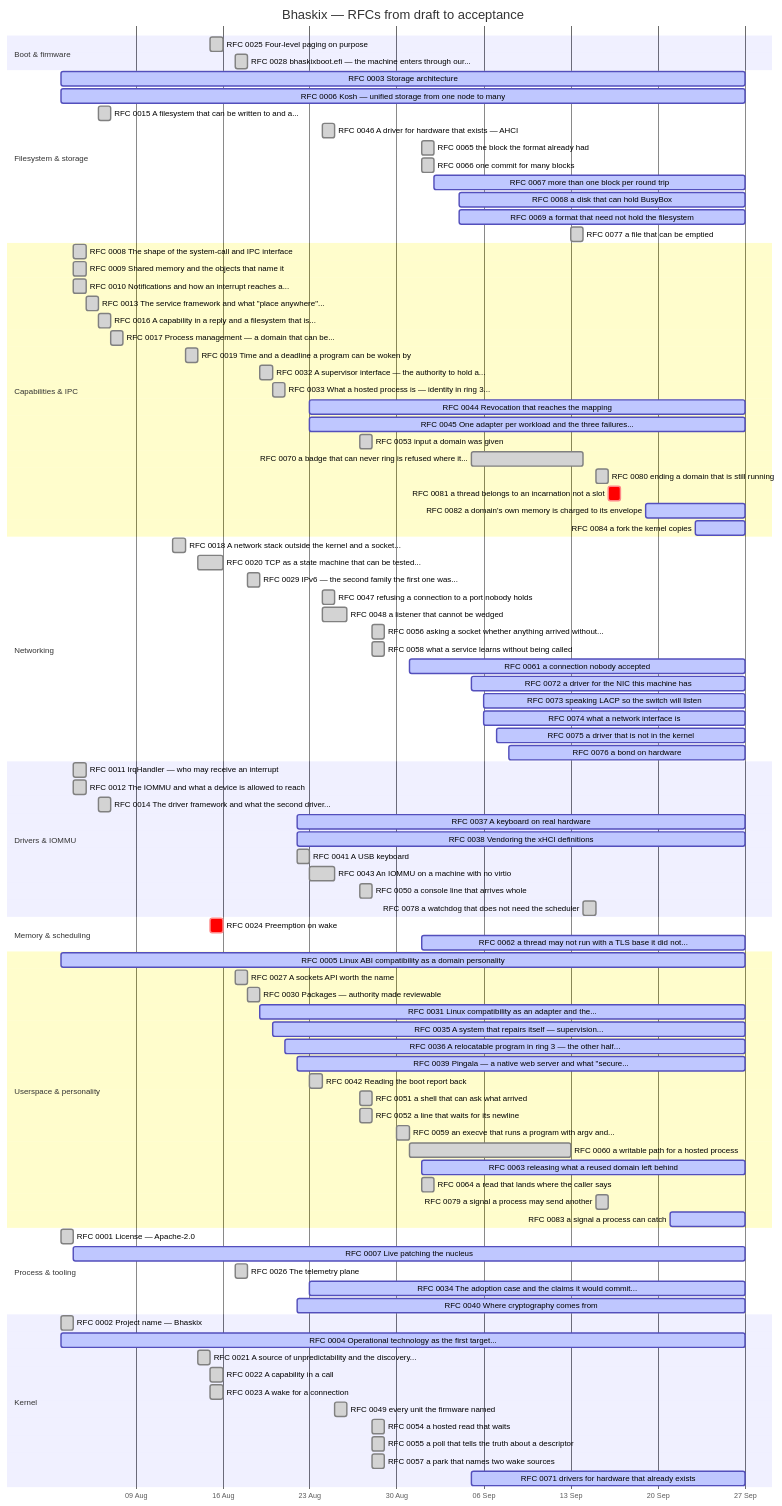
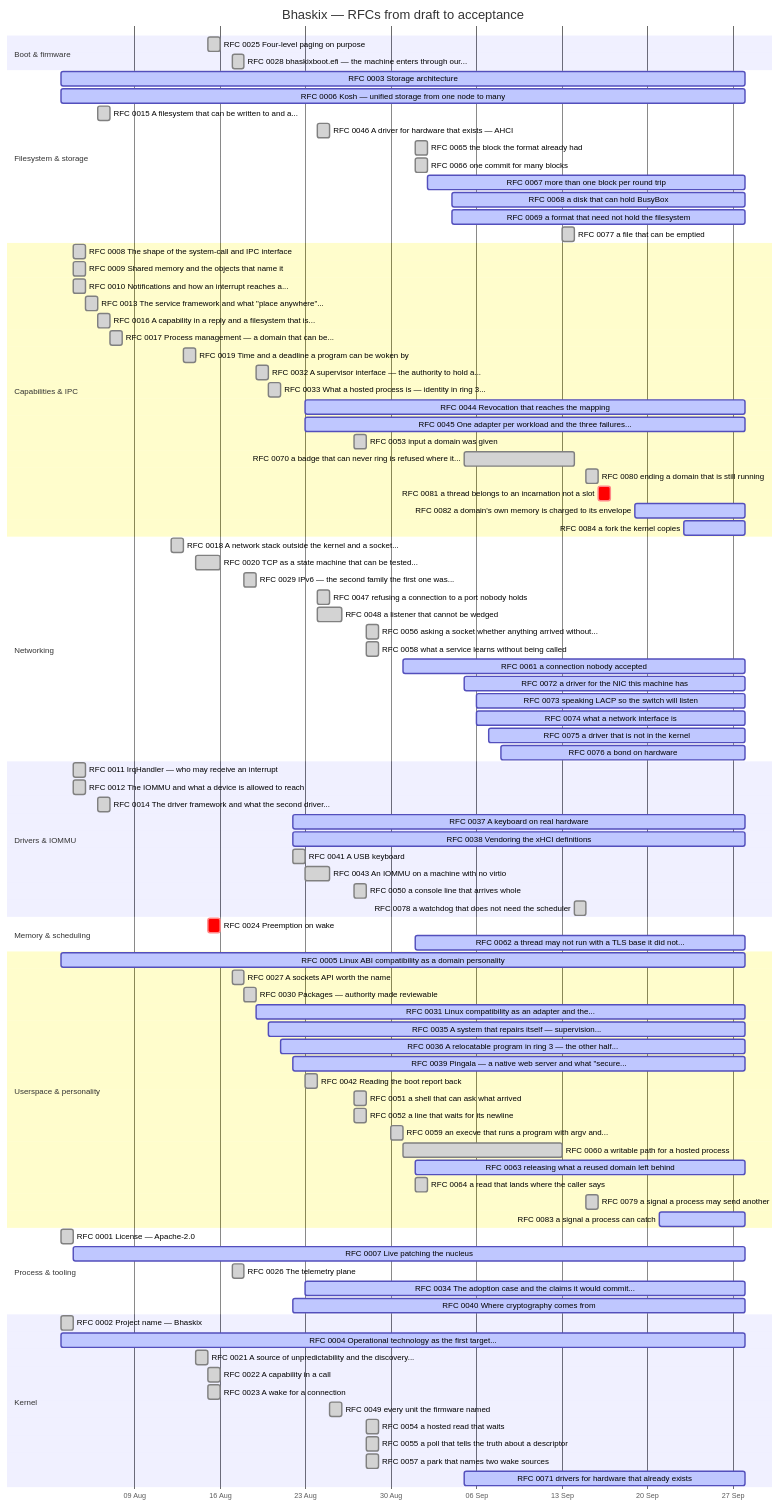
One commit to bhaskix/bhaskix changed the diagram in docs/progress.md. Above: the diagram before and after it, drawn with Mermaid. The commit also changed other lines of this file and 4 other files, not shown here.

````diff
--- a/docs/progress.md
+++ b/docs/progress.md
@@ -31,15 +31,15 @@
     RFC 0025 Four-level paging on purpose :done, r0025, 2026-08-15, 2026-08-16
     RFC 0028 bhaskixboot.efi — the machine enters through our... :done, r0028, 2026-08-17, 2026-08-18
     section Filesystem & storage
-    RFC 0003 Storage architecture :active, r0003, 2026-08-03, 2026-09-27
-    RFC 0006 Kosh — unified storage from one node to many :active, r0006, 2026-08-03, 2026-09-27
+    RFC 0003 Storage architecture :active, r0003, 2026-08-03, 2026-09-28
+    RFC 0006 Kosh — unified storage from one node to many :active, r0006, 2026-08-03, 2026-09-28
     RFC 0015 A filesystem that can be written to and a... :done, r0015, 2026-08-06, 1d
     RFC 0046 A driver for hardware that exists — AHCI :done, r0046, 2026-08-24, 1d
     RFC 0065 the block the format already had :done, r0065, 2026-09-01, 1d
     RFC 0066 one commit for many blocks :done, r0066, 2026-09-01, 1d
-    RFC 0067 more than one block per round trip :active, r0067, 2026-09-02, 2026-09-27
-    RFC 0068 a disk that can hold BusyBox :active, r0068, 2026-09-04, 2026-09-27
-    RFC 0069 a format that need not hold the filesystem :active, r0069, 2026-09-04, 2026-09-27
+    RFC 0067 more than one block per round trip :active, r0067, 2026-09-02, 2026-09-28
+    RFC 0068 a disk that can hold BusyBox :active, r0068, 2026-09-04, 2026-09-28
+    RFC 0069 a format that need not hold the filesystem :active, r0069, 2026-09-04, 2026-09-28
     RFC 0077 a file that can be emptied :done, r0077, 2026-09-13, 1d
     section Capabilities & IPC
     RFC 0008 The shape of the system-call and IPC interface :done, r0008, 2026-08-04, 1d
@@ -51,14 +51,14 @@
     RFC 0019 Time and a deadline a program can be woken by :done, r0019, 2026-08-13, 2026-08-14
     RFC 0032 A supervisor interface — the authority to hold a... :done, r0032, 2026-08-19, 2026-08-20
     RFC 0033 What a hosted process is — identity in ring 3... :done, r0033, 2026-08-20, 1d
-    RFC 0044 Revocation that reaches the mapping :active, r0044, 2026-08-23, 2026-09-27
-    RFC 0045 One adapter per workload and the three failures... :active, r0045, 2026-08-23, 2026-09-27
+    RFC 0044 Revocation that reaches the mapping :active, r0044, 2026-08-23, 2026-09-28
+    RFC 0045 One adapter per workload and the three failures... :active, r0045, 2026-08-23, 2026-09-28
     RFC 0053 input a domain was given :done, r0053, 2026-08-27, 1d
     RFC 0070 a badge that can never ring is refused where it... :done, r0070, 2026-09-05, 2026-09-14
     RFC 0080 ending a domain that is still running :done, r0080, 2026-09-15, 1d
     RFC 0081 a thread belongs to an incarnation not a slot :crit, r0081, 2026-09-16, 1d
-    RFC 0082 a domain's own memory is charged to its envelope :active, r0082, 2026-09-19, 2026-09-27
-    RFC 0084 a fork the kernel copies :active, r0084, 2026-09-23, 2026-09-27
+    RFC 0082 a domain's own memory is charged to its envelope :active, r0082, 2026-09-19, 2026-09-28
+    RFC 0084 a fork the kernel copies :active, r0084, 2026-09-23, 2026-09-28
     section Networking
     RFC 0018 A network stack outside the kernel and a socket... :done, r0018, 2026-08-12, 2026-08-13
     RFC 0020 TCP as a state machine that can be tested... :done, r0020, 2026-08-14, 2026-08-16
@@ -67,51 +67,51 @@
     RFC 0048 a listener that cannot be wedged :done, r0048, 2026-08-24, 2026-08-26
     RFC 0056 asking a socket whether anything arrived without... :done, r0056, 2026-08-28, 1d
     RFC 0058 what a service learns without being called :done, r0058, 2026-08-28, 1d
-    RFC 0061 a connection nobody accepted :active, r0061, 2026-08-31, 2026-09-27
-    RFC 0072 a driver for the NIC this machine has :active, r0072, 2026-09-05, 2026-09-27
-    RFC 0073 speaking LACP so the switch will listen :active, r0073, 2026-09-06, 2026-09-27
-    RFC 0074 what a network interface is :active, r0074, 2026-09-06, 2026-09-27
-    RFC 0075 a driver that is not in the kernel :active, r0075, 2026-09-07, 2026-09-27
-    RFC 0076 a bond on hardware :active, r0076, 2026-09-08, 2026-09-27
+    RFC 0061 a connection nobody accepted :active, r0061, 2026-08-31, 2026-09-28
+    RFC 0072 a driver for the NIC this machine has :active, r0072, 2026-09-05, 2026-09-28
+    RFC 0073 speaking LACP so the switch will listen :active, r0073, 2026-09-06, 2026-09-28
+    RFC 0074 what a network interface is :active, r0074, 2026-09-06, 2026-09-28
+    RFC 0075 a driver that is not in the kernel :active, r0075, 2026-09-07, 2026-09-28
+    RFC 0076 a bond on hardware :active, r0076, 2026-09-08, 2026-09-28
     section Drivers & IOMMU
     RFC 0011 IrqHandler — who may receive an interrupt :done, r0011, 2026-08-04, 1d
     RFC 0012 The IOMMU and what a device is allowed to reach :done, r0012, 2026-08-04, 1d
     RFC 0014 The driver framework and what the second driver... :done, r0014, 2026-08-06, 1d
-    RFC 0037 A keyboard on real hardware :active, r0037, 2026-08-22, 2026-09-27
-    RFC 0038 Vendoring the xHCI definitions :active, r0038, 2026-08-22, 2026-09-27
+    RFC 0037 A keyboard on real hardware :active, r0037, 2026-08-22, 2026-09-28
+    RFC 0038 Vendoring the xHCI definitions :active, r0038, 2026-08-22, 2026-09-28
     RFC 0041 A USB keyboard :done, r0041, 2026-08-22, 2026-08-23
     RFC 0043 An IOMMU on a machine with no virtio :done, r0043, 2026-08-23, 2026-08-25
     RFC 0050 a console line that arrives whole :done, r0050, 2026-08-27, 1d
     RFC 0078 a watchdog that does not need the scheduler :done, r0078, 2026-09-14, 2026-09-15
     section Memory & scheduling
     RFC 0024 Preemption on wake :crit, r0024, 2026-08-15, 1d
-    RFC 0062 a thread may not run with a TLS base it did not... :active, r0062, 2026-09-01, 2026-09-27
+    RFC 0062 a thread may not run with a TLS base it did not... :active, r0062, 2026-09-01, 2026-09-28
     section Userspace & personality
-    RFC 0005 Linux ABI compatibility as a domain personality :active, r0005, 2026-08-03, 2026-09-27
+    RFC 0005 Linux ABI compatibility as a domain personality :active, r0005, 2026-08-03, 2026-09-28
     RFC 0027 A sockets API worth the name :done, r0027, 2026-08-17, 1d
     RFC 0030 Packages — authority made reviewable :done, r0030, 2026-08-18, 2026-08-19
-    RFC 0031 Linux compatibility as an adapter and the... :active, r0031, 2026-08-19, 2026-09-27
-    RFC 0035 A system that repairs itself — supervision... :active, r0035, 2026-08-20, 2026-09-27
-    RFC 0036 A relocatable program in ring 3 — the other half... :active, r0036, 2026-08-21, 2026-09-27
-    RFC 0039 Pingala — a native web server and what "secure... :active, r0039, 2026-08-22, 2026-09-27
+    RFC 0031 Linux compatibility as an adapter and the... :active, r0031, 2026-08-19, 2026-09-28
+    RFC 0035 A system that repairs itself — supervision... :active, r0035, 2026-08-20, 2026-09-28
+    RFC 0036 A relocatable program in ring 3 — the other half... :active, r0036, 2026-08-21, 2026-09-28
+    RFC 0039 Pingala — a native web server and what "secure... :active, r0039, 2026-08-22, 2026-09-28
     RFC 0042 Reading the boot report back :done, r0042, 2026-08-23, 1d
     RFC 0051 a shell that can ask what arrived :done, r0051, 2026-08-27, 1d
     RFC 0052 a line that waits for its newline :done, r0052, 2026-08-27, 1d
     RFC 0059 an execve that runs a program with argv and... :done, r0059, 2026-08-30, 1d
     RFC 0060 a writable path for a hosted process :done, r0060, 2026-08-31, 2026-09-13
-    RFC 0063 releasing what a reused domain left behind :active, r0063, 2026-09-01, 2026-09-27
+    RFC 0063 releasing what a reused domain left behind :active, r0063, 2026-09-01, 2026-09-28
     RFC 0064 a read that lands where the caller says :done, r0064, 2026-09-01, 1d
     RFC 0079 a signal a process may send another :done, r0079, 2026-09-15, 1d
-    RFC 0083 a signal a process can catch :active, r0083, 2026-09-21, 2026-09-27
+    RFC 0083 a signal a process can catch :active, r0083, 2026-09-21, 2026-09-28
     section Process & tooling
     RFC 0001 License — Apache-2.0 :done, r0001, 2026-08-03, 1d
-    RFC 0007 Live patching the nucleus :active, r0007, 2026-08-04, 2026-09-27
+    RFC 0007 Live patching the nucleus :active, r0007, 2026-08-04, 2026-09-28
     RFC 0026 The telemetry plane :done, r0026, 2026-08-17, 1d
-    RFC 0034 The adoption case and the claims it would commit... :active, r0034, 2026-08-23, 2026-09-27
-    RFC 0040 Where cryptography comes from :active, r0040, 2026-08-22, 2026-09-27
+    RFC 0034 The adoption case and the claims it would commit... :active, r0034, 2026-08-23, 2026-09-28
+    RFC 0040 Where cryptography comes from :active, r0040, 2026-08-22, 2026-09-28
     section Kernel
     RFC 0002 Project name — Bhaskix :done, r0002, 2026-08-03, 1d
-    RFC 0004 Operational technology as the first target... :active, r0004, 2026-08-03, 2026-09-27
+    RFC 0004 Operational technology as the first target... :active, r0004, 2026-08-03, 2026-09-28
     RFC 0021 A source of unpredictability and the discovery... :done, r0021, 2026-08-14, 1d
     RFC 0022 A capability in a call :done, r0022, 2026-08-15, 2026-08-16
     RFC 0023 A wake for a connection :done, r0023, 2026-08-15, 2026-08-16
@@ -119,5 +119,5 @@
     RFC 0054 a hosted read that waits :done, r0054, 2026-08-28, 1d
     RFC 0055 a poll that tells the truth about a descriptor :done, r0055, 2026-08-28, 1d
     RFC 0057 a park that names two wake sources :done, r0057, 2026-08-28, 1d
-    RFC 0071 drivers for hardware that already exists :active, r0071, 2026-09-05, 2026-09-27
+    RFC 0071 drivers for hardware that already exists :active, r0071, 2026-09-05, 2026-09-28
 ```
````
